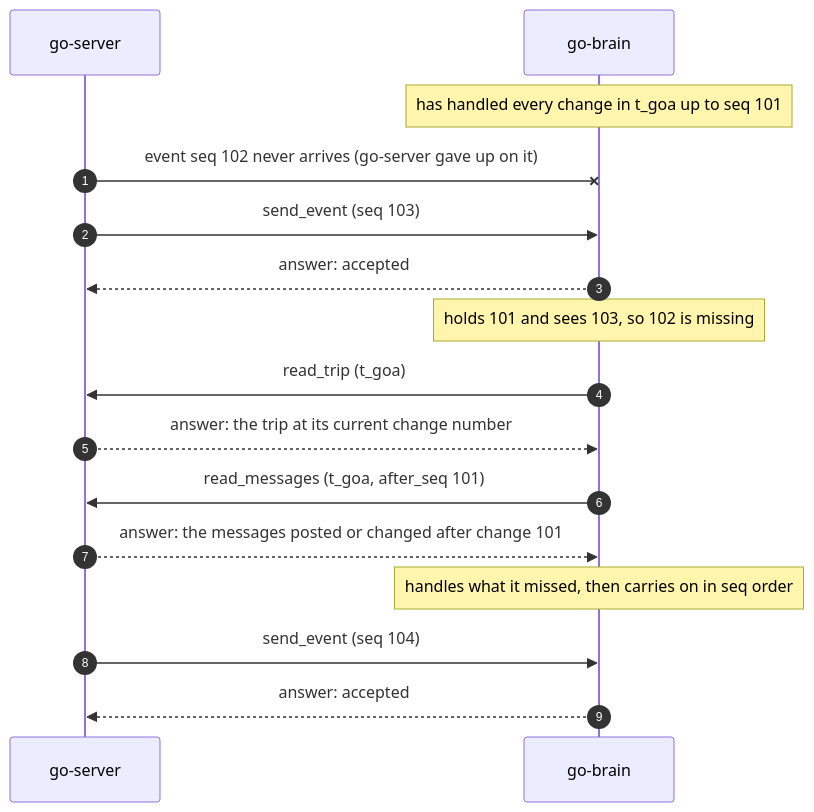
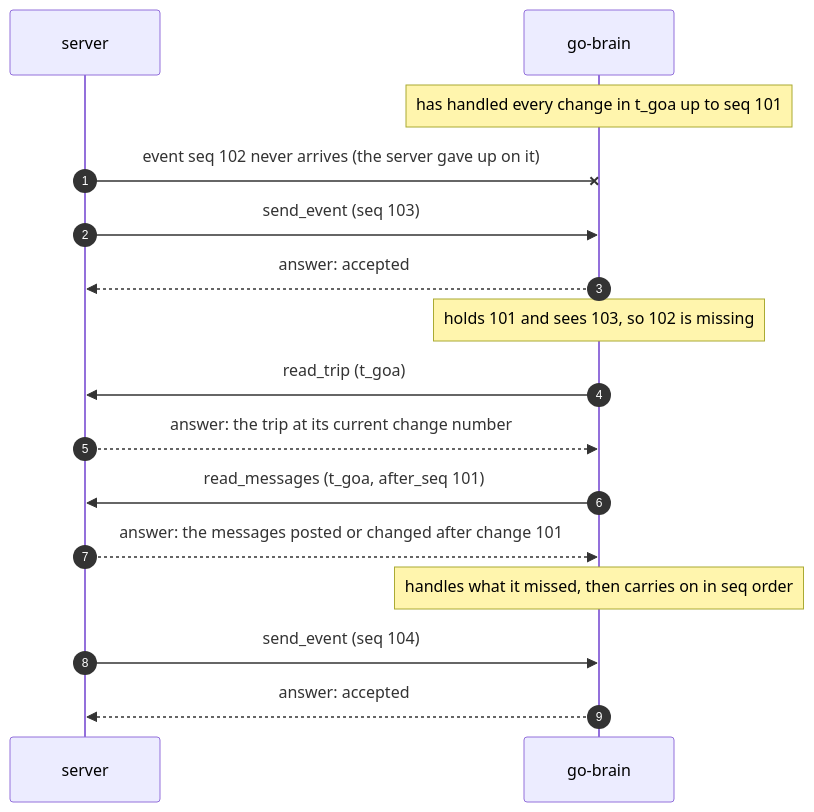
The eighth of 8 diagrams in docs/guide/09-flows.md (vestra-ai/go-brain), drawn with Mermaid before and after one commit. The commit also changed other lines of this file and 35 other files, not shown here.

````diff
--- a/docs/guide/09-flows.md
+++ b/docs/guide/09-flows.md
@@ -248,18 +248,18 @@
 ```mermaid
 sequenceDiagram
   autonumber
-  participant server as go-server
+  participant server as server
   participant brain as go-brain
   Note over brain: has handled every change in t_goa up to seq 101
-  server-xbrain: event seq 102 never arrives (go-server gave up on it)
+  server-xbrain: event seq 102 never arrives (the server gave up on it)
   server->>brain: send_event (seq 103)
   brain-->>server: answer: accepted
   Note over brain: holds 101 and sees 103, so 102 is missing
   brain->>server: read_trip (t_goa)
   server-->>brain: answer: the trip at its current change number
   brain->>server: read_messages (t_goa, after_seq 101)
   server-->>brain: answer: the messages posted or changed after change 101
   Note over brain: handles what it missed, then carries on in seq order
   server->>brain: send_event (seq 104)
   brain-->>server: answer: accepted
 ```
````
